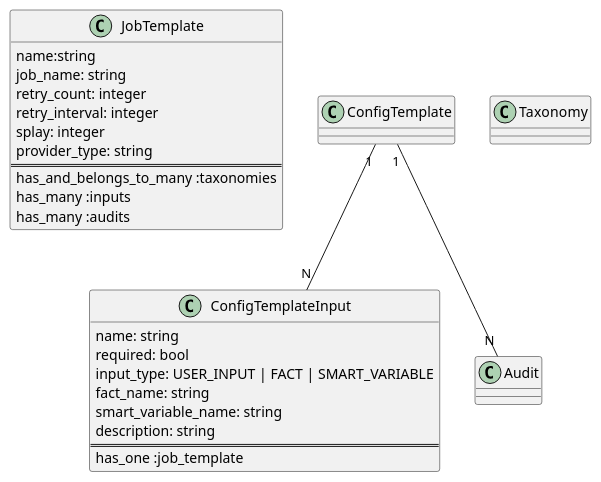
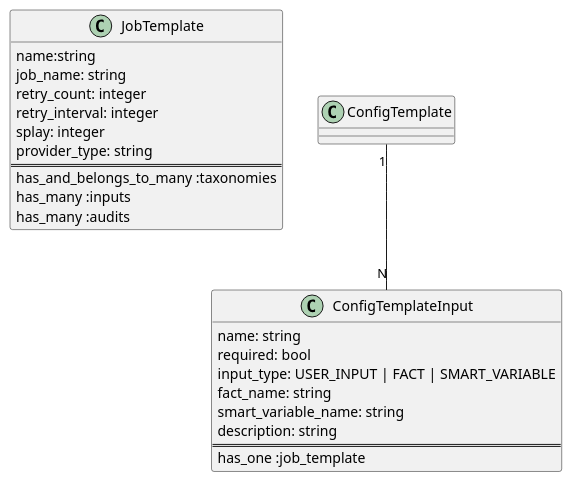
One commit to theforeman/foreman_remote_execution changed the sixth of 14 diagrams in doc/source/design/index.md. Above: the diagram before and after it, drawn with PlantUML. The commit also changed other lines of this file, not shown here.

Commit message:
No need for the audit object to have separate entity there
the has_many audits should be enough info here

```diff
--- a/doc/source/design/index.md
+++ b/doc/source/design/index.md
@@ -314,33 +314,28 @@
 {% plantuml %}
 
 class JobTemplate {
   name:string
   job_name: string
   retry_count: integer
   retry_interval: integer
   splay: integer
   provider_type: string
   ==
   has_and_belongs_to_many :taxonomies
   has_many :inputs
   has_many :audits
 }
 
 class ConfigTemplateInput {
   name: string
   required: bool
   input_type: USER_INPUT | FACT | SMART_VARIABLE
   fact_name: string
   smart_variable_name: string
   description: string
   ==
   has_one :job_template
 }
 
 ConfigTemplate "1" -- "N" ConfigTemplateInput
-ConfigTemplate "1" -- "N" Audit
-
-class Taxonomy
-class Audit
-
 {% endplantuml %}
```
